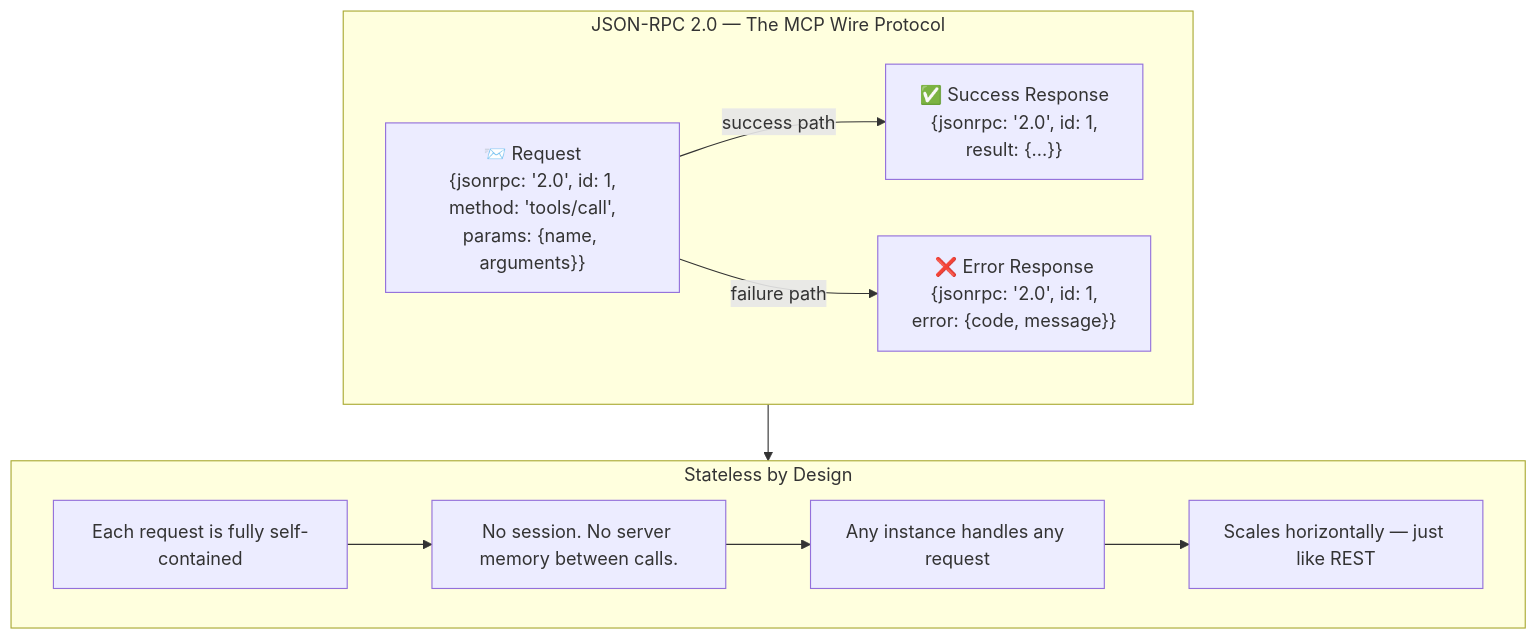
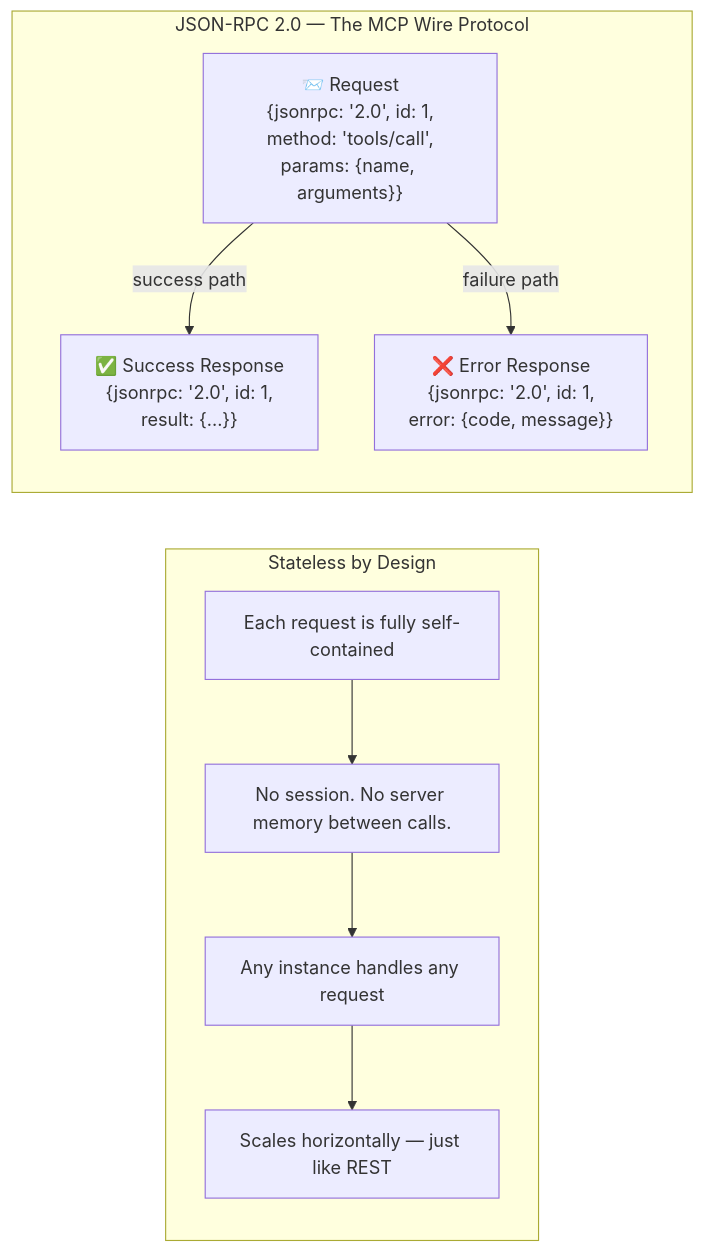
The fifth of 7 diagrams in internal/fundamentals/the-agentic-future/02-model-context-protocol.md (romangurevitch/GoTraining), drawn with Mermaid before and after one commit. The commit also changed other lines of this file and 20 other files, not shown here.

````diff
--- a/internal/fundamentals/the-agentic-future/02-model-context-protocol.md
+++ b/internal/fundamentals/the-agentic-future/02-model-context-protocol.md
@@ -137,20 +157,22 @@
 ```mermaid
-graph TB
+graph TD
     subgraph JSONRPC["JSON-RPC 2.0 — The MCP Wire Protocol"]
+        direction TB
         REQ["📨 Request<br/>{jsonrpc: '2.0', id: 1,<br/>method: 'tools/call',<br/>params: {name, arguments}}"]
         RES_OK["✅ Success Response<br/>{jsonrpc: '2.0', id: 1,<br/>result: {...}}"]
         RES_ERR["❌ Error Response<br/>{jsonrpc: '2.0', id: 1,<br/>error: {code, message}}"]
         REQ -->|"success path"| RES_OK
         REQ -->|"failure path"| RES_ERR
     end
 
+    JSONRPC ~~~ Stateless
+
     subgraph Stateless["Stateless by Design"]
+        direction TB
         SL1["Each request is fully self-contained"]
         SL2["No session. No server memory between calls."]
         SL3["Any instance handles any request"]
         SL4["Scales horizontally — just like REST"]
         SL1 --> SL2 --> SL3 --> SL4
     end
-
-    JSONRPC --> Stateless
 ```
````
